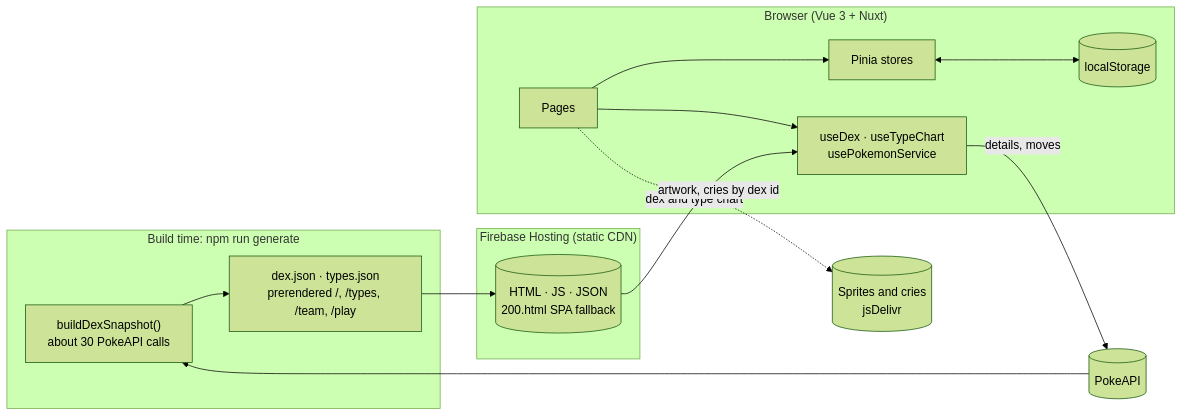
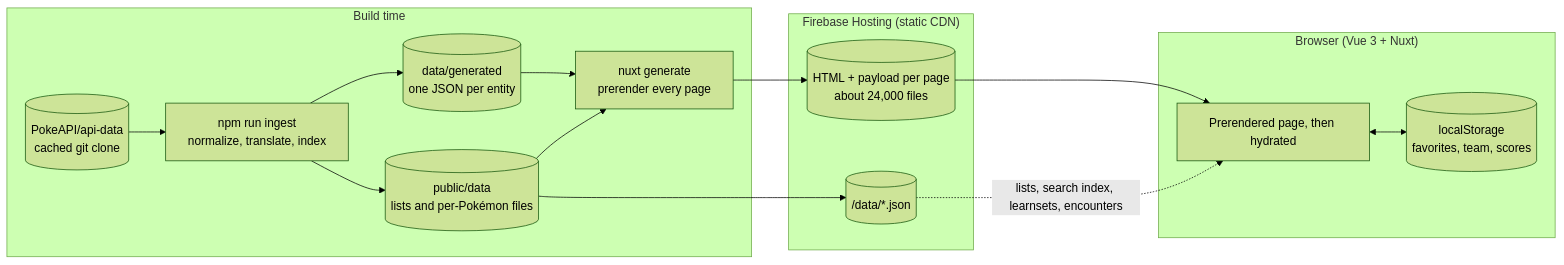
One commit to bachbnt/bokedex changed the diagram in docs/ARCHITECTURE.md. Above: the diagram before and after it, drawn with Mermaid (forest theme). The commit also changed other lines of this file and 70 other files, not shown here.

First line of the commit message:
Add search, compare and calculator tools, SEO files, tests and fix page-level labels

````diff
--- a/docs/ARCHITECTURE.md
+++ b/docs/ARCHITECTURE.md
@@ -9,31 +9,30 @@
 ```mermaid
 flowchart LR
-  subgraph Build["Build time: npm run generate"]
-    Snap["buildDexSnapshot()<br/>about 30 PokeAPI calls"]
-    Files["dex.json · types.json<br/>prerendered /, /types, /team, /play"]
-    Snap --> Files
+  subgraph Build["Build time"]
+    Src[("PokeAPI/api-data<br/>cached git clone")]
+    Ingest["npm run ingest<br/>normalize, translate, index"]
+    Gen[("data/generated<br/>one JSON per entity")]
+    Pub[("public/data<br/>lists and per-Pokémon files")]
+    Nuxt["nuxt generate<br/>prerender every page"]
+    Src --> Ingest --> Gen
+    Ingest --> Pub
+    Gen --> Nuxt
+    Pub --> Nuxt
   end
 
   subgraph Host["Firebase Hosting (static CDN)"]
-    Static[("HTML · JS · JSON<br/>200.html SPA fallback")]
+    Pages[("HTML + payload per page<br/>about 24,000 files")]
+    Data[("/data/*.json")]
   end
 
   subgraph Browser["Browser (Vue 3 + Nuxt)"]
-    Pages["Pages"]
-    Composables["useDex · useTypeChart<br/>usePokemonService"]
-    Stores["Pinia stores"]
-    LS[("localStorage")]
-    Pages --> Composables
-    Pages --> Stores
-    Stores <--> LS
+    App["Prerendered page, then hydrated"]
+    State[("localStorage<br/>favorites, team, scores")]
+    App <--> State
   end
 
-  PokeAPI[("PokeAPI")]
-  CDN[("Sprites and cries<br/>jsDelivr")]
-
-  PokeAPI --> Snap
-  Files --> Static
-  Static -->|dex and type chart| Composables
-  Composables -->|details, moves| PokeAPI
-  Pages -.->|artwork, cries by dex id| CDN
+  Nuxt --> Pages
+  Pub --> Data
+  Pages --> App
+  Data -.->|lists, search index, learnsets, encounters| App
 ```
````
